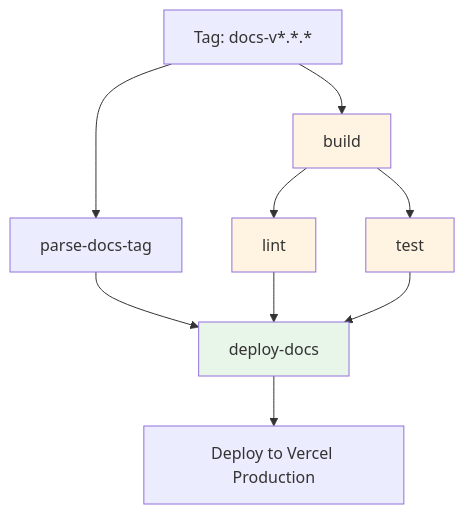
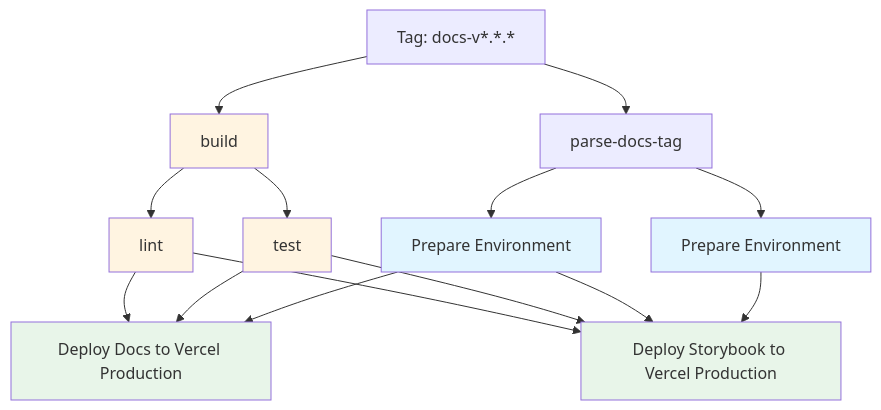
One commit to o2sdev/openselfservice changed the second of 4 diagrams in .github/CI_CD_README.md. Above: the diagram before and after it, drawn with Mermaid. The commit also changed other lines of this file and 322 other files, not shown here.

````diff
--- a/.github/CI_CD_README.md
+++ b/.github/CI_CD_README.md
@@ -32,16 +44,25 @@
 ```mermaid
 graph TD
     A[Tag: docs-v*.*.*] --> B[parse-docs-tag]
     A --> C[build]
     C --> D[lint]
     C --> E[test]
-    B --> F[deploy-docs]
-    D --> F
-    E --> F
-    F --> G[Deploy to Vercel Production]
+    B --> F[Prepare Environment]
+    D --> G[Deploy Docs to Vercel Production]
+    E --> G
+    F --> G
+    
+    B --> H[Prepare Environment]
+    D --> I[Deploy Storybook to Vercel Production]
+    E --> I
+    F --> I
+    H --> I
 
     style C fill:#fff4e1
     style D fill:#fff4e1
     style E fill:#fff4e1
-    style F fill:#e8f5e9
+    style F fill:#e1f5ff
+    style H fill:#e1f5ff
+    style G fill:#e8f5e9
+    style I fill:#e8f5e9
 ```
````
